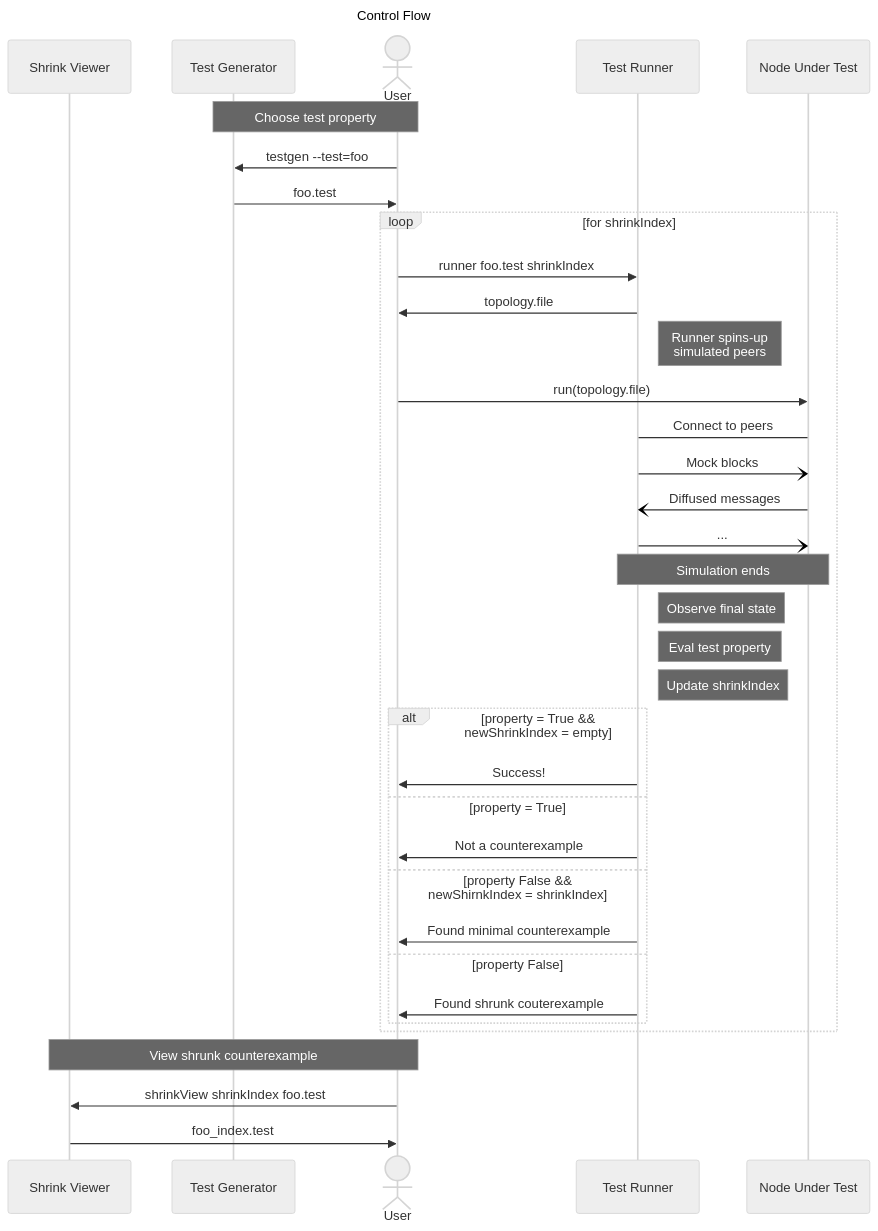
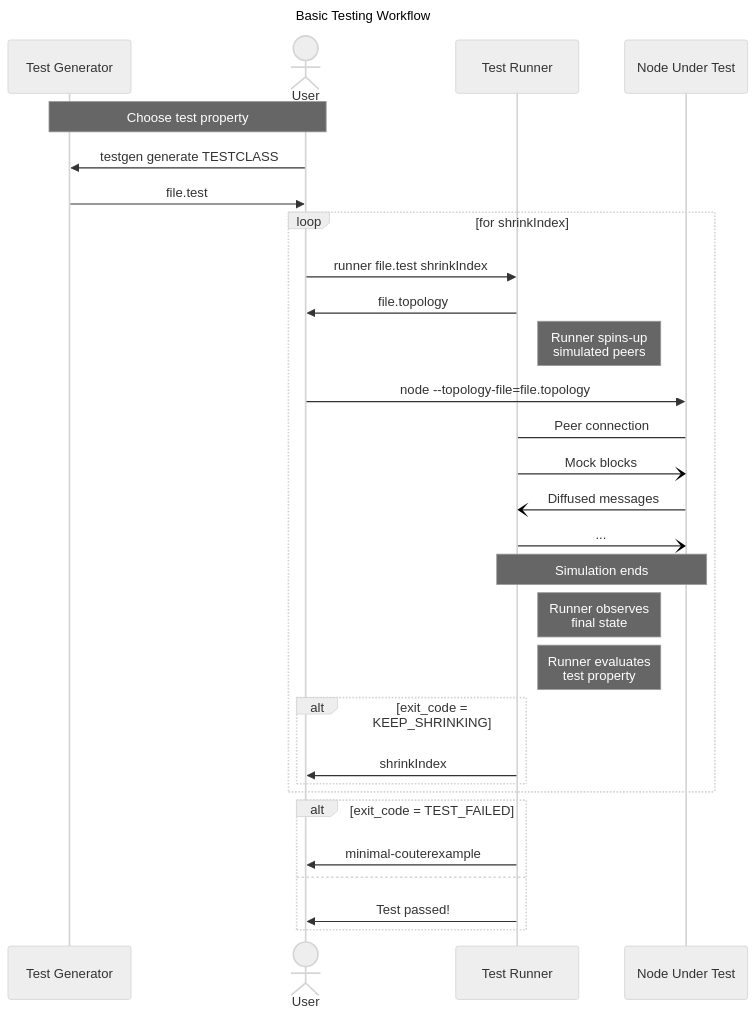
The diagram in docs/diagrams.md (tweag/cardano-conformance-testing-of-consensus), drawn with Mermaid (neutral theme) before and after one commit.

Commit message:
Simplify diagram to a basic workflow run

````diff
--- a/docs/diagrams.md
+++ b/docs/diagrams.md
@@ -3,48 +3,44 @@
 ```mermaid
 ---
-title: Control Flow
+title: Basic Testing Workflow
 ---
 sequenceDiagram
-  participant SV as Shrink Viewer
+
   participant PSG as Test Generator
   actor User
   participant Runner as Test Runner
   participant NUT as Node Under Test
 
   Note over User,PSG: Choose test property
-  User ->> PSG: testgen --test=foo
-  PSG ->> User: foo.test
+  User ->> PSG: testgen generate TESTCLASS
+  PSG ->> User: file.test
 
   loop for shrinkIndex
 
-    User ->> Runner: runner foo.test shrinkIndex
-    Runner ->> User: topology.file
-    Note right of Runner:Runner spins-up<br/>simulated peers
-    User ->> NUT: run(topology.file)
+    User ->> Runner: runner file.test shrinkIndex
+    Runner ->> User: file.topology
+    Note right of Runner: Runner spins-up<br/>simulated peers
+    User ->> NUT: node --topology-file=file.topology
 
-    NUT -> Runner: Connect to peers
+    NUT -> Runner: Peer connection
     Runner -) NUT: Mock blocks
     NUT -) Runner: Diffused messages
     Runner -) NUT: ...
     Note over Runner,NUT: Simulation ends
 
-    Note right of Runner: Observe final state
-    Note right of Runner: Eval test property
-    Note right of Runner: Update shrinkIndex
+    Note right of Runner: Runner observes<br/>final state
+    Note right of Runner: Runner evaluates<br/>test property
 
-  alt property = True && newShrinkIndex = empty
-    Runner ->> User: Success!
-  else property = True
-    Runner ->> User: Not a counterexample
-  else property False && newShirnkIndex = shrinkIndex
-    Runner ->> User: Found minimal counterexample
-  else property False
-    Runner ->> User: Found shrunk couterexample
+  alt exit_code = KEEP_SHRINKING
+    Runner ->> User: shrinkIndex
+
   end
 
   end
 
-  Note over SV,User: View shrunk counterexample
-  User ->> SV: shrinkView shrinkIndex foo.test
-  SV ->> User: foo_index.test
+  alt exit_code = TEST_FAILED
+    Runner ->> User: minimal-couterexample
+  else
+    Runner ->> User: Test passed!
+  end
 ```
````
